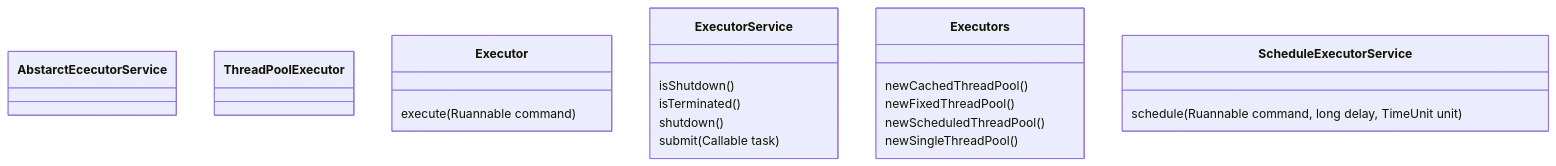
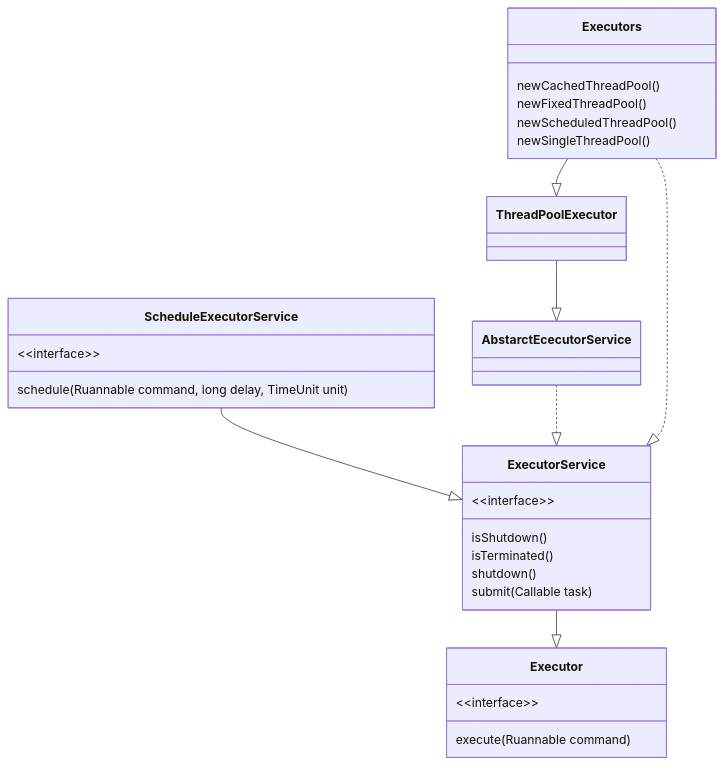
One commit to yanjinzh6/notes changed the diagram in development/java/concurrent/java-thread-pool.md. Above: the diagram before and after it, drawn with Mermaid. The commit also changed other lines of this file and 1 other file, not shown here.

````diff
--- a/development/java/concurrent/java-thread-pool.md
+++ b/development/java/concurrent/java-thread-pool.md
@@ -39,23 +39,32 @@
 ```mermaid
 classDiagram
   class AbstarctEcecutorService
   class ThreadPoolExecutor
   class Executor {
+    &lt;&lt;interface&gt;&gt;
     execute(Ruannable command)
   }
   class ExecutorService {
+    &lt;&lt;interface&gt;&gt;
     isShutdown()
     isTerminated()
     shutdown()
     submit(Callable task)
   }
   class Executors {
     newCachedThreadPool()
     newFixedThreadPool()
     newScheduledThreadPool()
     newSingleThreadPool()
   }
   class ScheduleExecutorService {
+    &lt;&lt;interface&gt;&gt;
     schedule(Ruannable command, long delay, TimeUnit unit)
   }
+  ExecutorService --|> Executor
+  ScheduleExecutorService --|> ExecutorService
+  AbstarctEcecutorService ..|> ExecutorService
+  ThreadPoolExecutor --|> AbstarctEcecutorService
+  Executors ..|> ExecutorService
+  Executors --|> ThreadPoolExecutor
 ```
````
